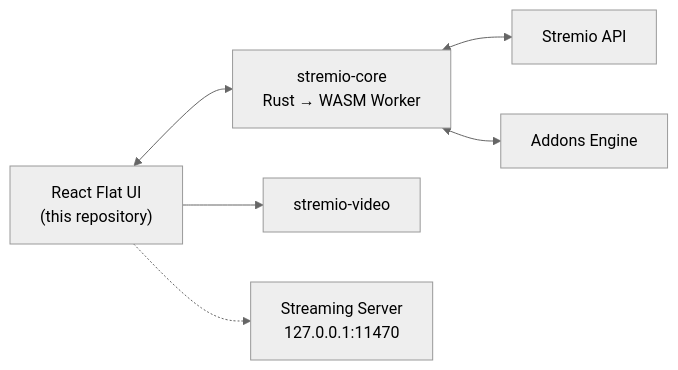
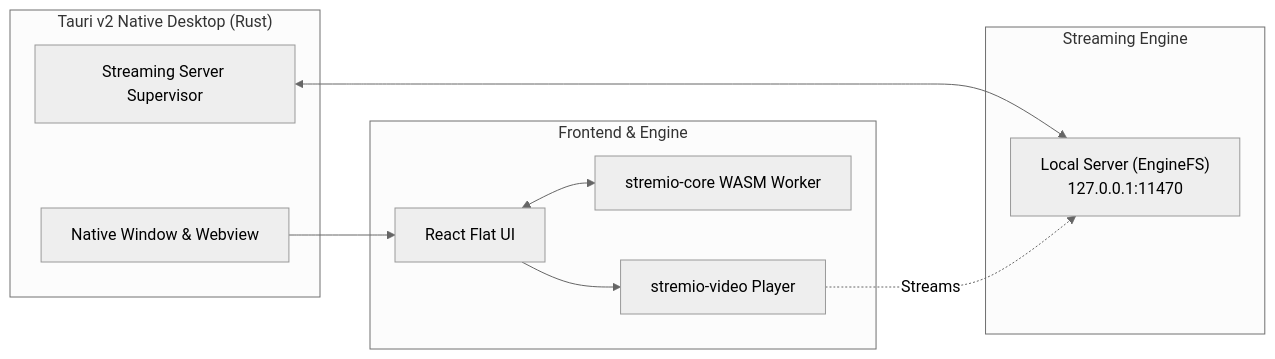
Before and after one commit to khSafvan/my-stremio-web: the diagram in README.md, drawn with Mermaid (neutral theme). The commit also changed other lines of this file and 608 other files, not shown here.

Commit message:
refactor: migrate source files to ui directory, remove docker setup, and integrate cargo workspace for tauri desktop

````diff
--- a/README.md
+++ b/README.md
@@ -39,8 +39,23 @@
 ```mermaid
 flowchart LR
-    UI["React Flat UI<br>(this repository)"] <--> Core["stremio-core<br>Rust → WASM Worker"]
-    Core <--> API["Stremio API"]
-    Core <--> Addons["Addons Engine"]
-    UI --> Video["stremio-video"]
-    UI -.-> Server["Streaming Server<br>127.0.0.1:11470"]
+    subgraph Tauri["Tauri v2 Native Desktop (Rust)"]
+        Window["Native Window & Webview"]
+        Supervisor["Streaming Server Supervisor"]
+    end
+
+    subgraph Core["Frontend & Engine"]
+        UI["React Flat UI"]
+        WASM["stremio-core WASM Worker"]
+        Player["stremio-video Player"]
+    end
+
+    subgraph Engine["Streaming Engine"]
+        Server["Local Server (EngineFS)<br>127.0.0.1:11470"]
+    end
+
+    Window --> UI
+    UI <--> WASM
+    UI --> Player
+    Supervisor <--> Server
+    Player -. Streams .-> Server
 ```
````
